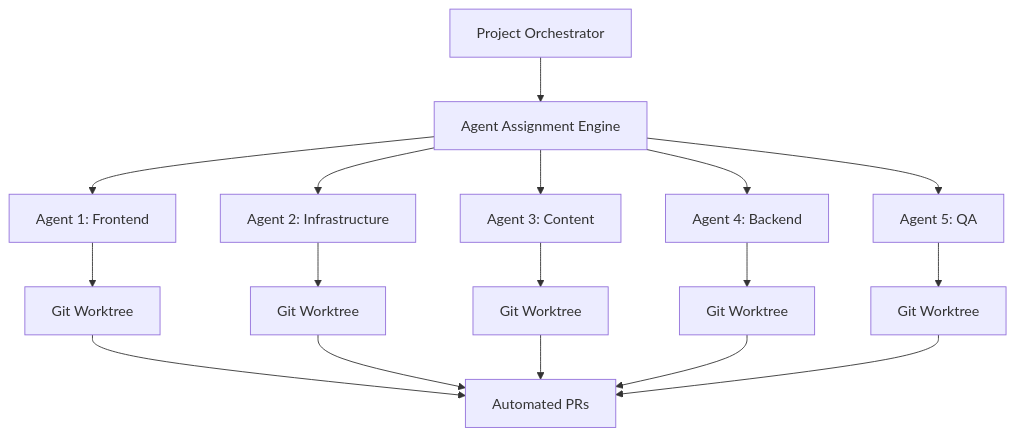
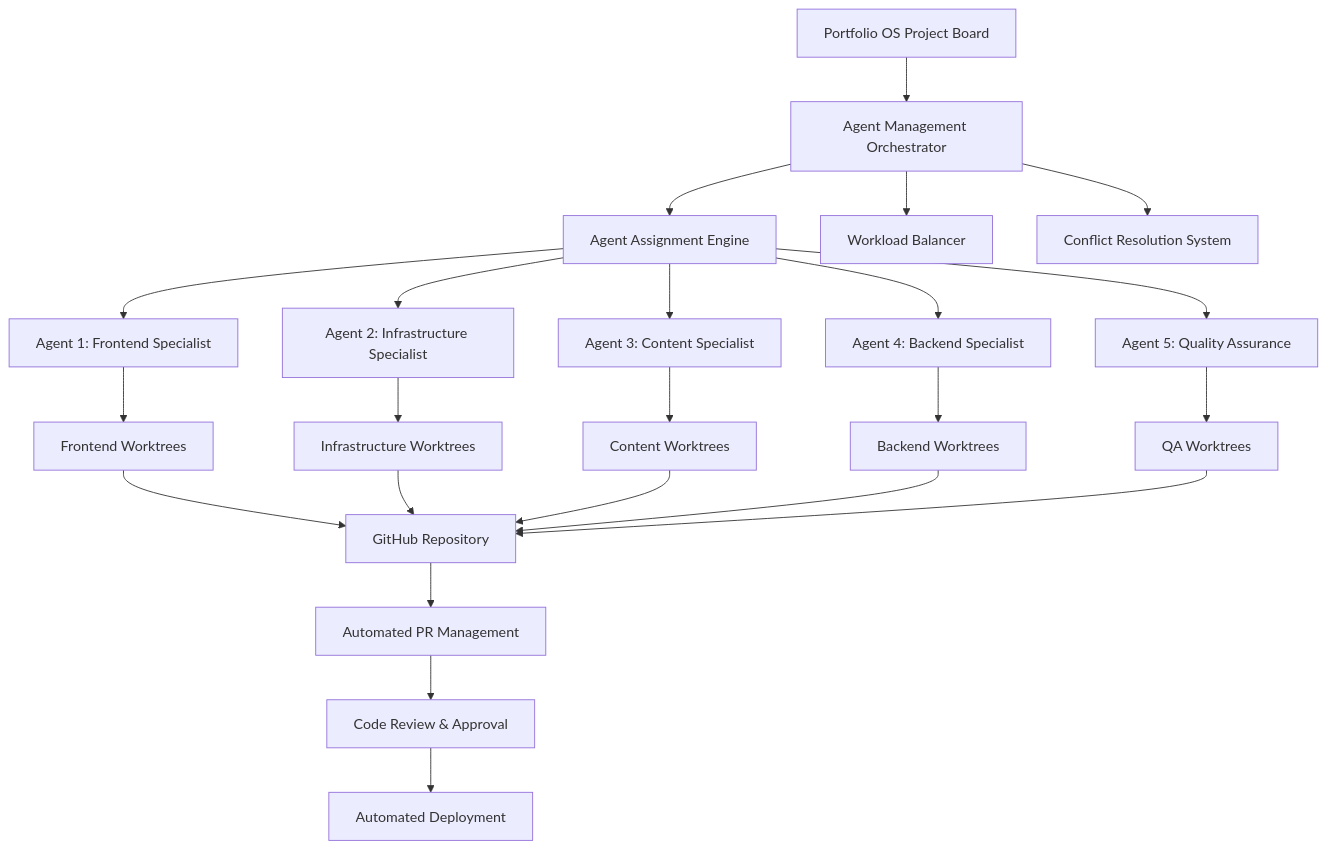
The first of 4 diagrams in apps/site/content/case-studies/portfolio-os.mdx (jschibelli/portfolio-os), drawn with Mermaid before and after one commit. The commit also changed other lines of this file and 25 other files, not shown here.

First line of the commit message:
feat: Add mermaid support and lazy load chatbot components for performance improvements

````diff
--- a/apps/site/content/case-studies/portfolio-os.mdx
+++ b/apps/site/content/case-studies/portfolio-os.mdx
@@ -143,21 +166,29 @@
 ```mermaid
 graph TB
-    A[Project Orchestrator] --> B[Agent Assignment Engine]
-    B --> C[Agent 1: Frontend]
-    B --> D[Agent 2: Infrastructure]
-    B --> E[Agent 3: Content]
-    B --> F[Agent 4: Backend]
-    B --> G[Agent 5: QA]
+    A[Portfolio OS Project Board] --> B[Agent Management Orchestrator]
+    B --> C[Agent Assignment Engine]
+    B --> D[Workload Balancer]
+    B --> E[Conflict Resolution System]
     
-    C --> H[Git Worktree]
-    D --> I[Git Worktree]
-    E --> J[Git Worktree]
-    F --> K[Git Worktree]
-    G --> L[Git Worktree]
+    C --> F[Agent 1: Frontend Specialist]
+    C --> G[Agent 2: Infrastructure Specialist]
+    C --> H[Agent 3: Content Specialist]
+    C --> I[Agent 4: Backend Specialist]
+    C --> J[Agent 5: Quality Assurance]
     
-    H --> M[Automated PRs]
-    I --> M
-    J --> M
-    K --> M
-    L --> M
+    F --> K[Frontend Worktrees]
+    G --> L[Infrastructure Worktrees]
+    H --> M[Content Worktrees]
+    I --> N[Backend Worktrees]
+    J --> O[QA Worktrees]
+    
+    K --> P[GitHub Repository]
+    L --> P
+    M --> P
+    N --> P
+    O --> P
+    
+    P --> Q[Automated PR Management]
+    Q --> R[Code Review & Approval]
+    R --> S[Automated Deployment]
 ```
````
